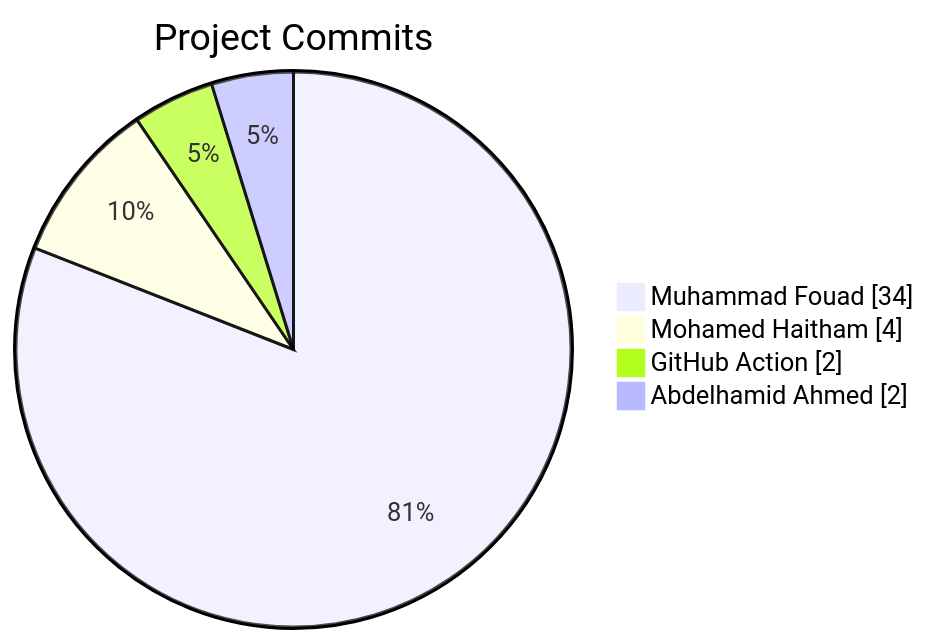
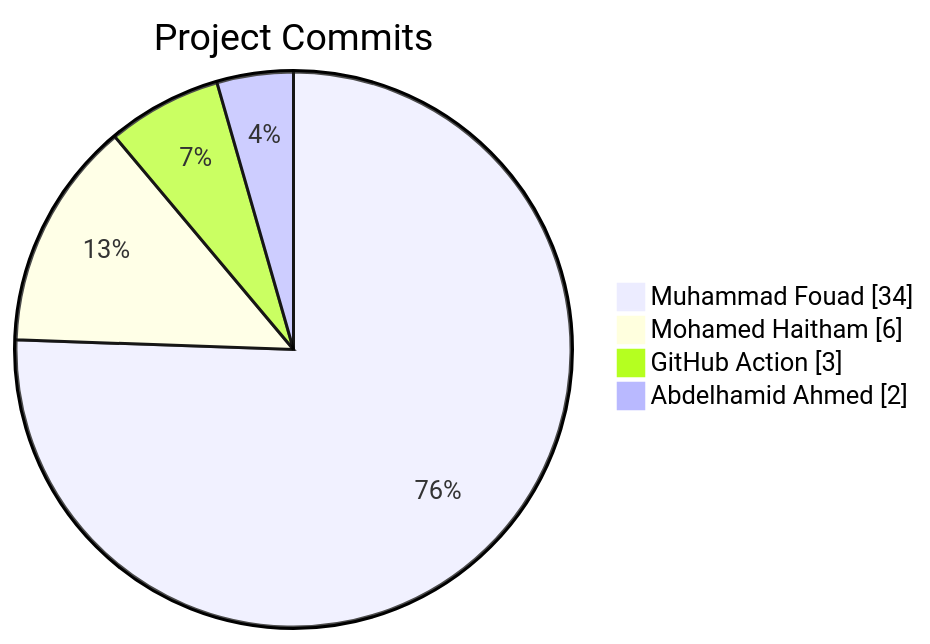
The diagram in README.md (Abdelhamid-El-rashidy/Library_System), drawn with Mermaid before and after one commit.

Commit message:
docs: update contributor stats [skip ci]

````diff
--- a/README.md
+++ b/README.md
@@ -11,8 +11,8 @@
 ```mermaid
 pie showData
     title Project Commits
     "Muhammad Fouad" : 34
-    "Mohamed Haitham" : 4
-    "GitHub Action" : 2
+    "Mohamed Haitham" : 6
+    "GitHub Action" : 3
     "Abdelhamid Ahmed" : 2
 ```
````
